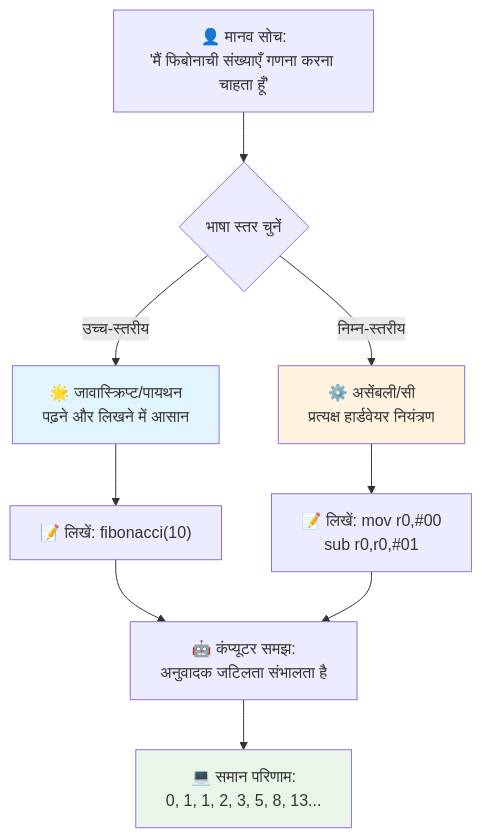
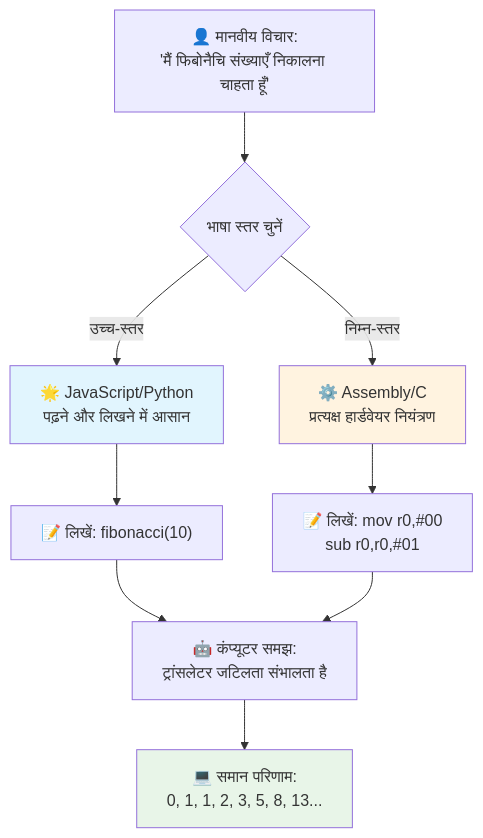
The third of 7 diagrams in translations/hi/1-getting-started-lessons/1-intro-to-programming-languages/README.md (microsoft/Web-Dev-For-Beginners), drawn with Mermaid before and after one commit. The commit also changed other lines of this file and 8 other files, not shown here.

````diff
--- a/translations/hi/1-getting-started-lessons/1-intro-to-programming-languages/README.md
+++ b/translations/hi/1-getting-started-lessons/1-intro-to-programming-languages/README.md
@@ -148,19 +148,19 @@
 ```mermaid
 flowchart TB
-    A["👤 मानव सोच:<br/>'मैं फिबोनाची संख्याएँ गणना करना चाहता हूँ'"] --> B{भाषा स्तर चुनें}
+    A["👤 मानवीय विचार:<br/>'मैं फिबोनैचि संख्याएँ निकालना चाहता हूँ'"] --> B{भाषा स्तर चुनें}
     
-    B -->|उच्च-स्तरीय| C["🌟 जावास्क्रिप्ट/पायथन<br/>पढ़ने और लिखने में आसान"]
-    B -->|निम्न-स्तरीय| D["⚙️ असेंबली/सी<br/>प्रत्यक्ष हार्डवेयर नियंत्रण"]
+    B -->|उच्च-स्तर| C["🌟 JavaScript/Python<br/>पढ़ने और लिखने में आसान"]
+    B -->|निम्न-स्तर| D["⚙️ Assembly/C<br/>प्रत्यक्ष हार्डवेयर नियंत्रण"]
     
     C --> E["📝 लिखें: fibonacci(10)"]
     D --> F["📝 लिखें: mov r0,#00<br/>sub r0,r0,#01"]
     
-    E --> G["🤖 कंप्यूटर समझ:<br/>अनुवादक जटिलता संभालता है"]
+    E --> G["🤖 कंप्यूटर समझ:<br/>ट्रांसलेटर जटिलता संभालता है"]
     F --> G
     
     G --> H["💻 समान परिणाम:<br/>0, 1, 1, 2, 3, 5, 8, 13..."]
     
     style C fill:#e1f5fe
     style D fill:#fff3e0
     style H fill:#e8f5e8
 ```
````
